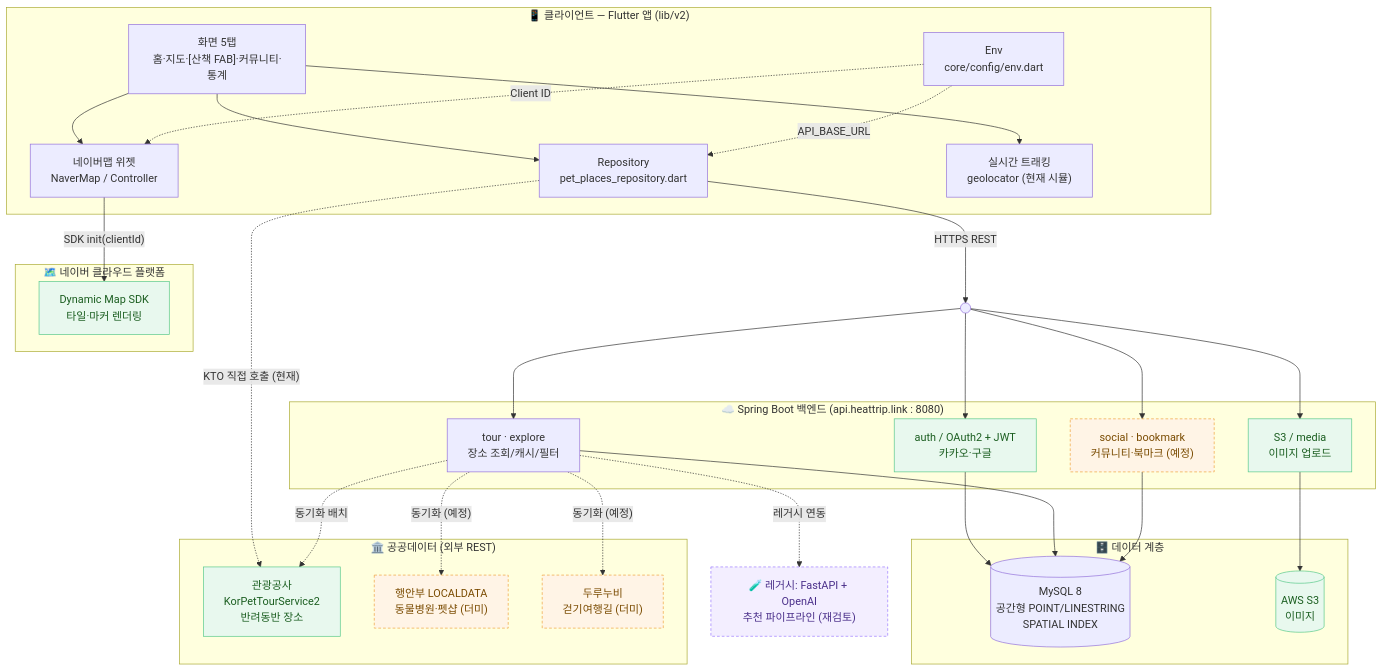
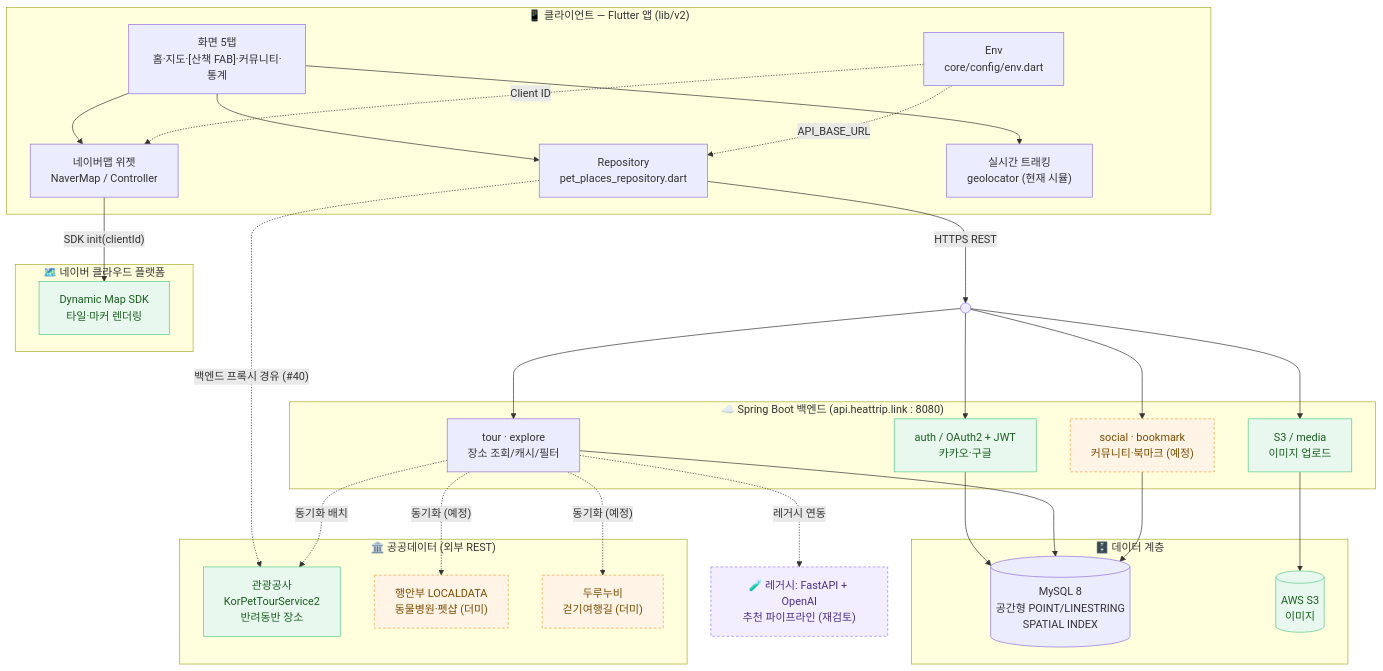
The first of 5 diagrams in docs/02-architecture/system-overview.md (sanghyunbang/pawloop), drawn with Mermaid before and after one commit. The commit also changed other lines of this file and 15 other files, not shown here.

````diff
--- a/docs/02-architecture/system-overview.md
+++ b/docs/02-architecture/system-overview.md
@@ -27,66 +27,66 @@
 ```mermaid
 flowchart TB
     subgraph client["📱 클라이언트 — Flutter 앱 (lib/v2)"]
         UI["화면 5탭<br/>홈·지도·[산책 FAB]·커뮤니티·통계"]
         REPO["Repository<br/>pet_places_repository.dart"]
         MAP["네이버맵 위젯<br/>NaverMap / Controller"]
         GPS["실시간 트래킹<br/>geolocator (현재 시뮬)"]
         ENV["Env<br/>core/config/env.dart"]
     end
 
     subgraph naver["🗺️ 네이버 클라우드 플랫폼"]
         NSDK["Dynamic Map SDK<br/>타일·마커 렌더링"]
     end
 
     subgraph public["🏛️ 공공데이터 (외부 REST)"]
         KTO["관광공사<br/>KorPetTourService2<br/>반려동반 장소"]
         LOCAL["행안부 LOCALDATA<br/>동물병원·펫샵 (더미)"]
         DURU["두루누비<br/>걷기여행길 (더미)"]
     end
 
     subgraph backend["☁️ Spring Boot 백엔드 (api.heattrip.link : 8080)"]
         AUTH["auth / OAuth2 + JWT<br/>카카오·구글"]
         TOUR["tour · explore<br/>장소 조회/캐시/필터"]
         SOCIAL["social · bookmark<br/>커뮤니티·북마크 (예정)"]
         S3SVC["S3 / media<br/>이미지 업로드"]
     end
 
     subgraph data["🗄️ 데이터 계층"]
         MYSQL[("MySQL 8<br/>공간형 POINT/LINESTRING<br/>SPATIAL INDEX")]
         S3[("AWS S3<br/>이미지")]
     end
 
     LEGACY["🧪 레거시: FastAPI + OpenAI<br/>추천 파이프라인 (재검토)"]
 
     UI --> REPO
     UI --> MAP
     UI --> GPS
     REPO -->|"HTTPS REST"| BACKENDGW(( ))
     ENV -. "Client ID" .-> MAP
     ENV -. "API_BASE_URL" .-> REPO
 
     MAP -->|"SDK init(clientId)"| NSDK
-    REPO -.->|"KTO 직접 호출 (현재)"| KTO
+    REPO -.->|"백엔드 프록시 경유 (#40)"| KTO
 
     BACKENDGW --> AUTH
     BACKENDGW --> TOUR
     BACKENDGW --> SOCIAL
     BACKENDGW --> S3SVC
 
     AUTH --> MYSQL
     TOUR --> MYSQL
     SOCIAL --> MYSQL
     S3SVC --> S3
 
     TOUR -.->|"동기화 배치"| KTO
     TOUR -.->|"동기화 (예정)"| LOCAL
     TOUR -.->|"동기화 (예정)"| DURU
     TOUR -.->|"레거시 연동"| LEGACY
 
     classDef done fill:#E8F8EE,stroke:#57C98A,color:#1b5e20;
     classDef dummy fill:#FFF4E6,stroke:#EFA13C,color:#7a4b00,stroke-dasharray:4 3;
     classDef legacy fill:#F3EEFF,stroke:#9B7BFF,color:#4a2f8a,stroke-dasharray:4 3;
     class NSDK,KTO,AUTH,S3SVC,S3 done;
     class LOCAL,DURU,SOCIAL dummy;
     class LEGACY legacy;
 ```
````
